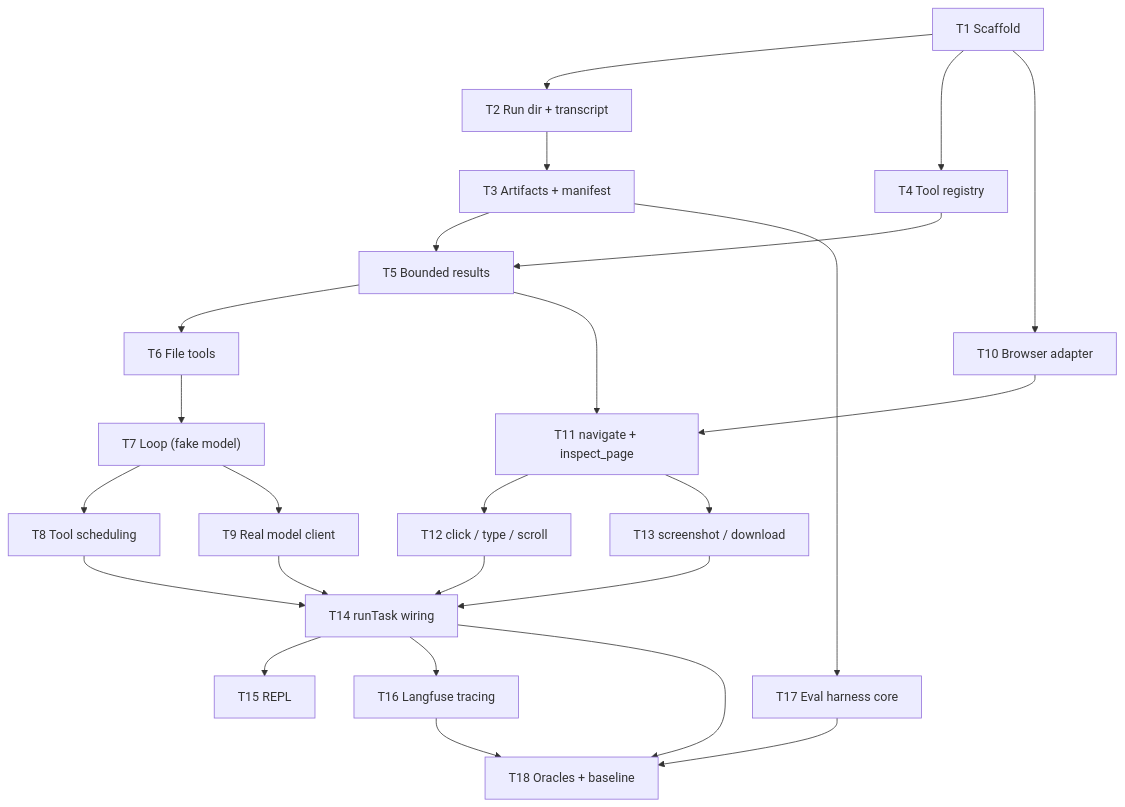
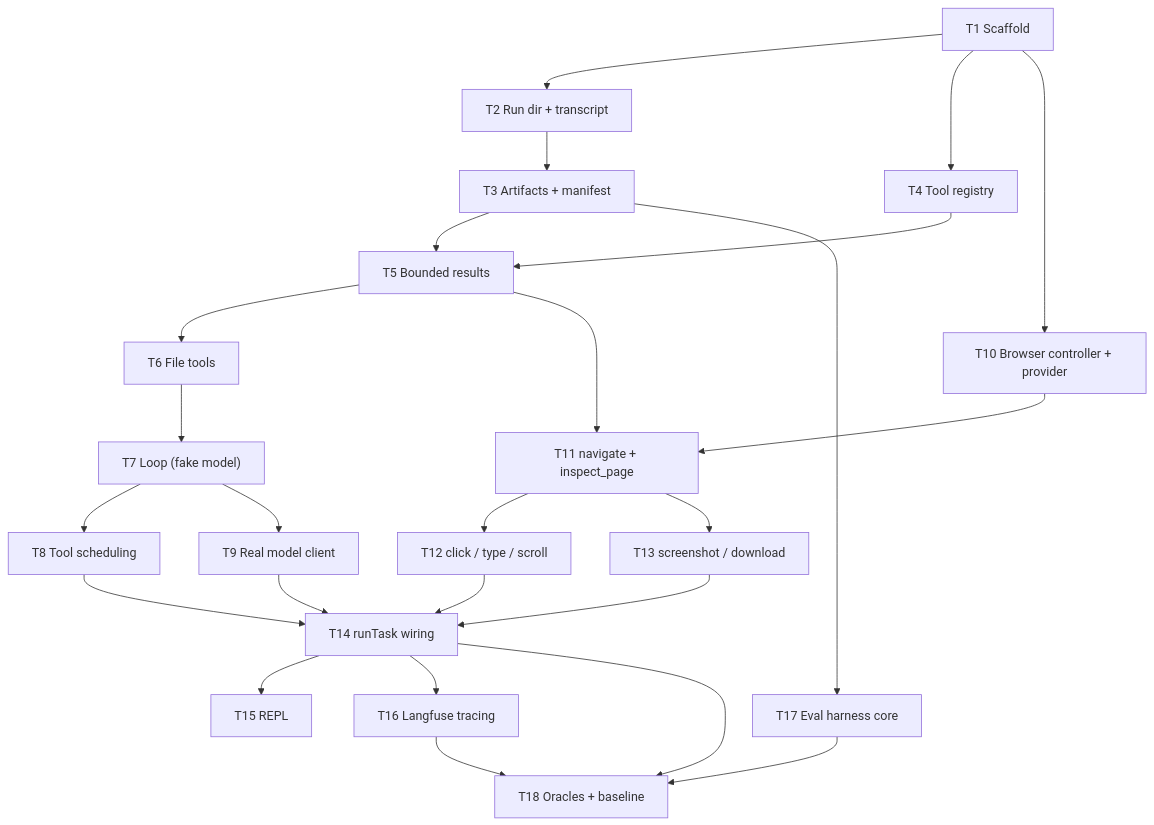
The diagram in .agents/planning/evidence-collection-agent-checkpoint-1/implementation/plan.md (briosolivares/evidence-collection-agent), drawn with Mermaid before and after one commit. The commit also changed other lines of this file and 55 other files, not shown here.

````diff
--- a/.agents/planning/evidence-collection-agent-checkpoint-1/implementation/plan.md
+++ b/.agents/planning/evidence-collection-agent-checkpoint-1/implementation/plan.md
@@ -30,27 +30,27 @@
 ```mermaid
 flowchart TD
     T1["T1 Scaffold"] --> T2["T2 Run dir + transcript"]
     T1 --> T4["T4 Tool registry"]
-    T1 --> T10["T10 Browser adapter"]
+    T1 --> T10["T10 Browser controller + provider"]
     T2 --> T3["T3 Artifacts + manifest"]
     T3 --> T5["T5 Bounded results"]
     T4 --> T5
     T5 --> T6["T6 File tools"]
     T6 --> T7["T7 Loop (fake model)"]
     T7 --> T8["T8 Tool scheduling"]
     T7 --> T9["T9 Real model client"]
     T10 --> T11["T11 navigate + inspect_page"]
     T5 --> T11
     T11 --> T12["T12 click / type / scroll"]
     T11 --> T13["T13 screenshot / download"]
     T8 --> T14["T14 runTask wiring"]
     T9 --> T14
     T12 --> T14
     T13 --> T14
     T14 --> T15["T15 REPL"]
     T14 --> T16["T16 Langfuse tracing"]
     T3 --> T17["T17 Eval harness core"]
     T14 --> T18["T18 Oracles + baseline"]
     T16 --> T18
     T17 --> T18
 ```
````
